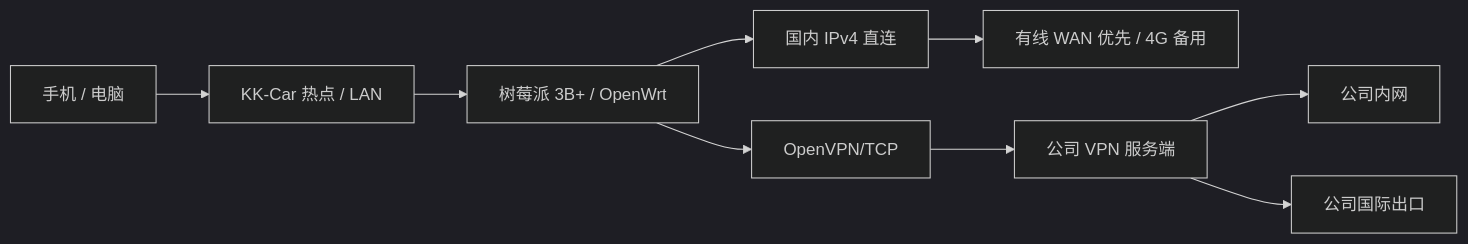
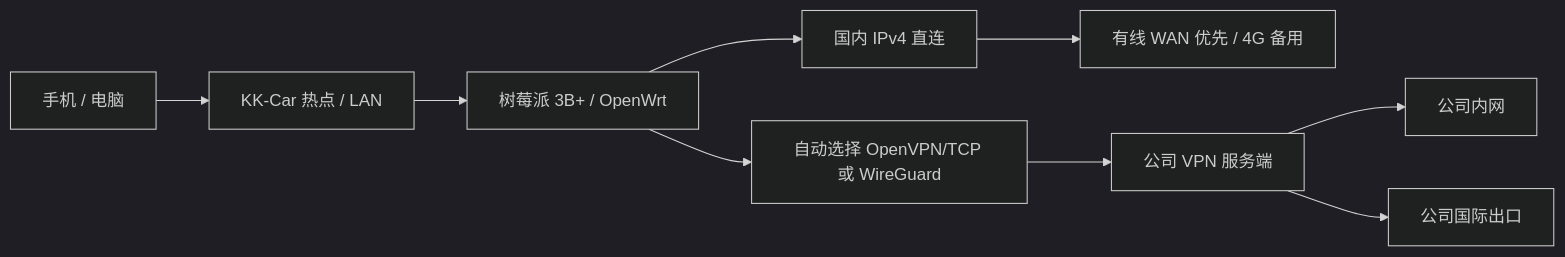
The diagram in README.md (Chinaxuan/kk-car), drawn with Mermaid (dark theme) before and after one commit. The commit also changed other lines of this file and 1 other file, not shown here.

Commit message:
完成双 VPN 自动选线说明与脱敏清单

````diff
--- a/README.md
+++ b/README.md
@@ -40,11 +40,11 @@
 ```mermaid
 flowchart LR
     Client[手机 / 电脑] --> AP[KK-Car 热点 / LAN]
     AP --> Pi[树莓派 3B+ / OpenWrt]
     Pi --> Direct[国内 IPv4 直连]
     Direct --> WAN[有线 WAN 优先 / 4G 备用]
-    Pi --> VPN[OpenVPN/TCP]
+    Pi --> VPN[自动选择 OpenVPN/TCP 或 WireGuard]
     VPN --> Company[公司 VPN 服务端]
     Company --> LAN[公司内网]
     Company --> Intl[公司国际出口]
 ```
````
